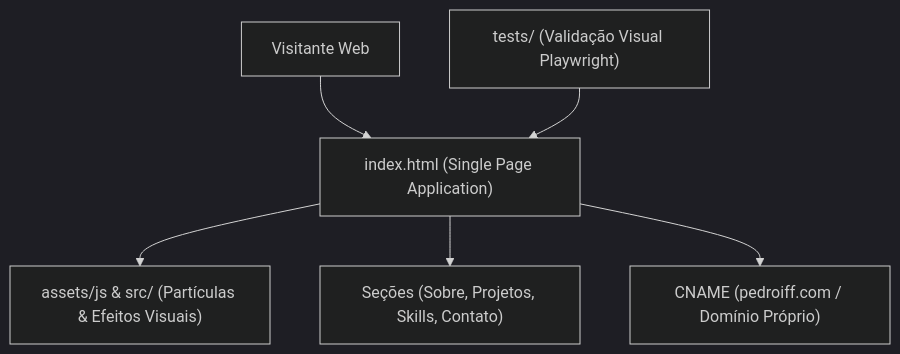
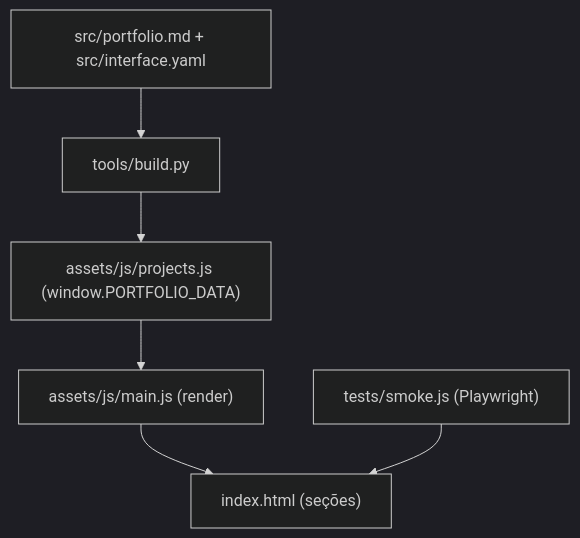
One commit to pedroiff0/portfolio changed the diagram in DESIGN.md. Above: the diagram before and after it, drawn with Mermaid (dark theme). The commit also changed other lines of this file and 31 other files, not shown here.

First line of the commit message:
feat!: portfolio v2 clean, minimalista com o visual do phrandrade.com

````diff
--- a/DESIGN.md
+++ b/DESIGN.md
@@ -5,8 +5,8 @@
 ```mermaid
 graph TD
-    User["Visitante Web"] --> Index["index.html (Single Page Application)"]
-    Index --> Canvas["assets/js & src/ (Partículas & Efeitos Visuais)"]
-    Index --> Sections["Seções (Sobre, Projetos, Skills, Contato)"]
-    Index --> CNAME["CNAME (pedroiff.com / Domínio Próprio)"]
-    Tests["tests/ (Validação Visual Playwright)"] --> Index
+    MD["src/portfolio.md + src/interface.yaml"] --> Build["tools/build.py"]
+    Build --> Data["assets/js/projects.js (window.PORTFOLIO_DATA)"]
+    Data --> Main["assets/js/main.js (render)"]
+    Main --> Index["index.html (seções)"]
+    Tests["tests/smoke.js (Playwright)"] --> Index
 ```
````
